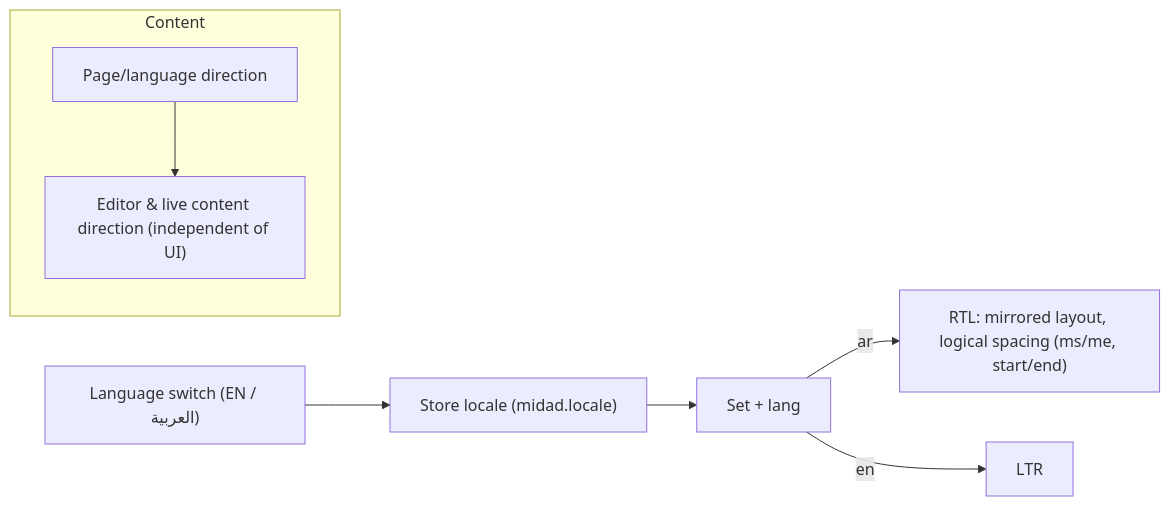
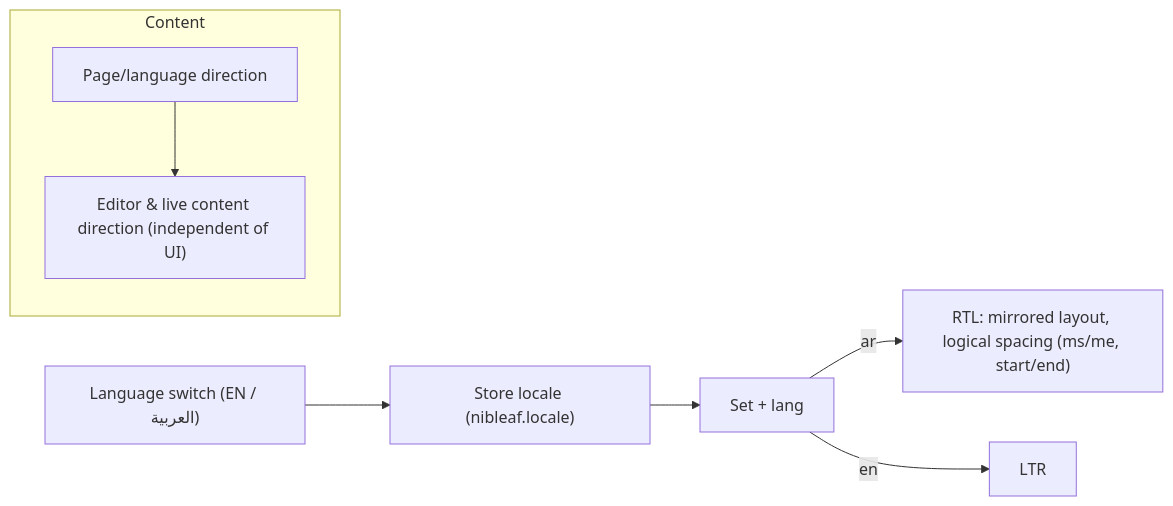
One commit to lord007tn/nibleaf changed diagram 16 of 19 in USER-STORIES.md. Above: the diagram before and after it, drawn with Mermaid. The commit also changed other lines of this file and 360 other files, not shown here.

First line of the commit message:
Rebrand Midad → Nibleaf

````diff
--- a/USER-STORIES.md
+++ b/USER-STORIES.md
@@ -444,10 +444,10 @@
 ```mermaid
 flowchart LR
-    Toggle["Language switch (EN / العربية)"] --> Locale["Store locale (midad.locale)"]
+    Toggle["Language switch (EN / العربية)"] --> Locale["Store locale (nibleaf.locale)"]
     Locale --> Dir["Set <html dir> + lang"]
     Dir -->|ar| RTL["RTL: mirrored layout, logical spacing (ms/me, start/end)"]
     Dir -->|en| LTR["LTR"]
     subgraph Content
         PageLang["Page/language direction"] --> ContentDir["Editor & live content direction (independent of UI)"]
     end
 ```
````
